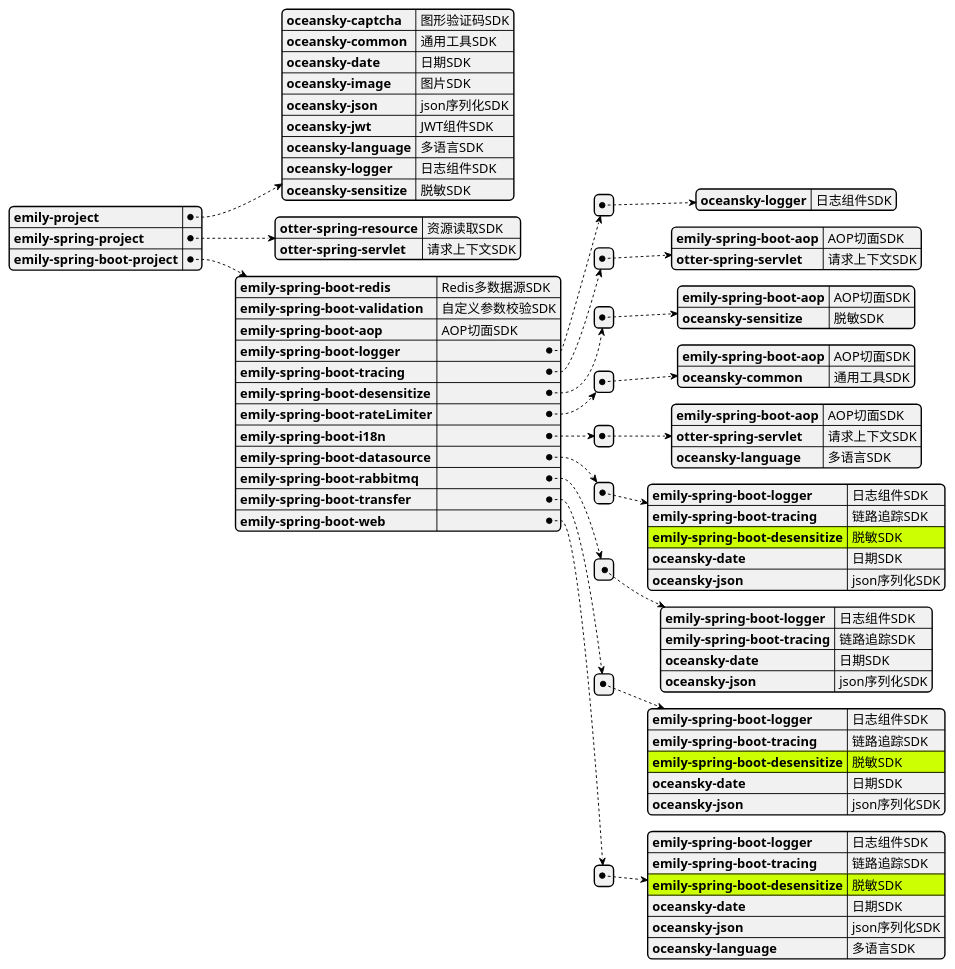
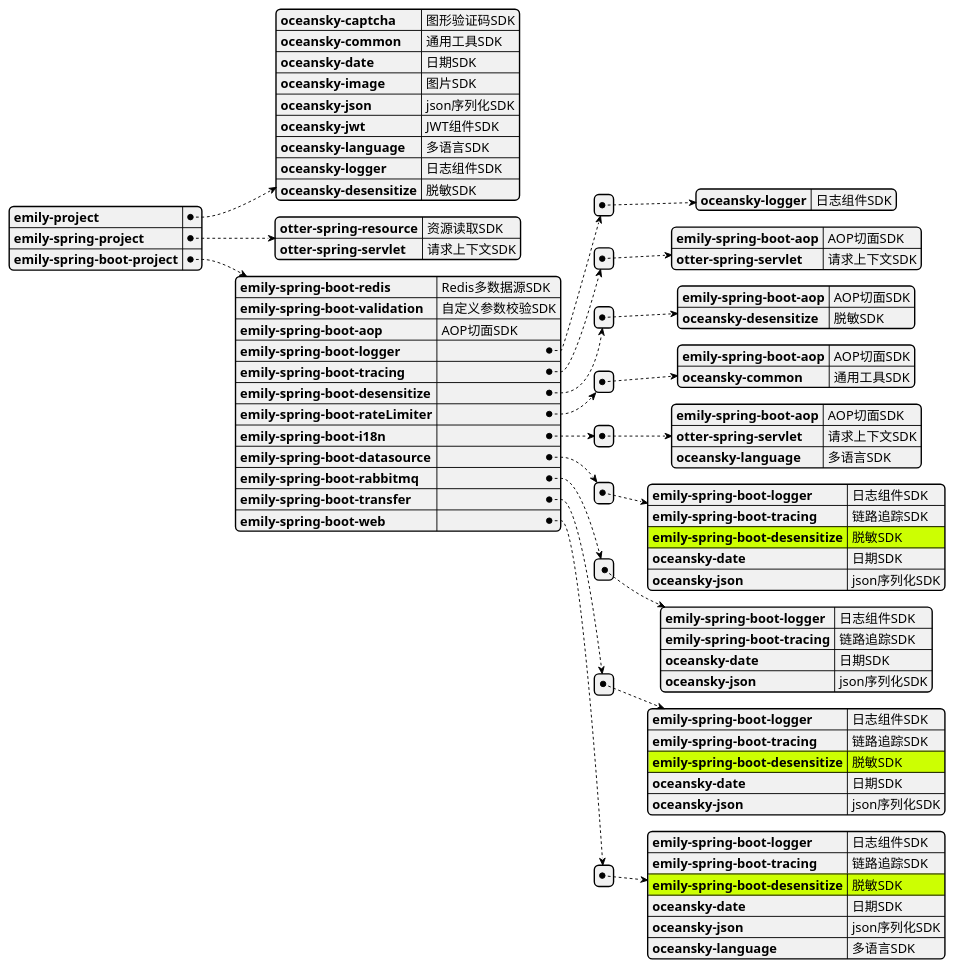
Before and after one commit to mingyang66/spring-parent: the diagram in framework.puml, drawn with PlantUML. The commit also changed 27 other files, not shown here.

```diff
--- a/framework.puml
+++ b/framework.puml
@@ -1,78 +1,78 @@
 @startjson
 #highlight "emily-spring-boot-project" / "emily-spring-boot-datasource" / "0" /"emily-spring-boot-desensitize"
 #highlight "emily-spring-boot-project" / "emily-spring-boot-transfer" / "0" /"emily-spring-boot-desensitize"
 #highlight "emily-spring-boot-project" / "emily-spring-boot-web" / "0" /"emily-spring-boot-desensitize"
 {
 "emily-project":
   {
   "oceansky-captcha": "图形验证码SDK",
   "oceansky-common": "通用工具SDK",
   "oceansky-date": "日期SDK",
   "oceansky-image": "图片SDK",
   "oceansky-json": "json序列化SDK",
   "oceansky-jwt": "JWT组件SDK",
   "oceansky-language": "多语言SDK",
   "oceansky-logger":"日志组件SDK",
-  "oceansky-sensitize":"脱敏SDK"
+  "oceansky-desensitize":"脱敏SDK"
   },
 "emily-spring-project":
  {
  "otter-spring-resource": "资源读取SDK",
  "otter-spring-servlet":"请求上下文SDK"
  },
 "emily-spring-boot-project":
   {
   "emily-spring-boot-redis": "Redis多数据源SDK",
   "emily-spring-boot-validation": "自定义参数校验SDK",
   "emily-spring-boot-aop": "AOP切面SDK",
   "emily-spring-boot-logger": [{
         "oceansky-logger":"日志组件SDK"
   }],
   "emily-spring-boot-tracing": [{
         "emily-spring-boot-aop":"AOP切面SDK",
         "otter-spring-servlet":"请求上下文SDK"
   }],
   "emily-spring-boot-desensitize": [{
         "emily-spring-boot-aop":"AOP切面SDK",
-        "oceansky-sensitize":"脱敏SDK"
+        "oceansky-desensitize":"脱敏SDK"
   }],
   "emily-spring-boot-rateLimiter": [{
         "emily-spring-boot-aop":"AOP切面SDK",
         "oceansky-common":"通用工具SDK"
   }],
   "emily-spring-boot-i18n": [{
         "emily-spring-boot-aop":"AOP切面SDK",
         "otter-spring-servlet":"请求上下文SDK",
         "oceansky-language":"多语言SDK"
   }],
   "emily-spring-boot-datasource": [{
         "emily-spring-boot-logger":"日志组件SDK",
         "emily-spring-boot-tracing":"链路追踪SDK",
         "emily-spring-boot-desensitize":"脱敏SDK",
         "oceansky-date":"日期SDK",
         "oceansky-json":"json序列化SDK"
   }],
   "emily-spring-boot-rabbitmq": [{
         "emily-spring-boot-logger":"日志组件SDK",
         "emily-spring-boot-tracing":"链路追踪SDK",
         "oceansky-date":"日期SDK",
         "oceansky-json":"json序列化SDK"
   }],
   "emily-spring-boot-transfer": [{
           "emily-spring-boot-logger":"日志组件SDK",
           "emily-spring-boot-tracing":"链路追踪SDK",
           "emily-spring-boot-desensitize":"脱敏SDK",
           "oceansky-date":"日期SDK",
           "oceansky-json":"json序列化SDK"
   }],
   "emily-spring-boot-web": [{
            "emily-spring-boot-logger":"日志组件SDK",
            "emily-spring-boot-tracing":"链路追踪SDK",
            "emily-spring-boot-desensitize":"脱敏SDK",
            "oceansky-date":"日期SDK",
            "oceansky-json":"json序列化SDK",
            "oceansky-language":"多语言SDK"
   }]
   }
 }
 @endjson
```
